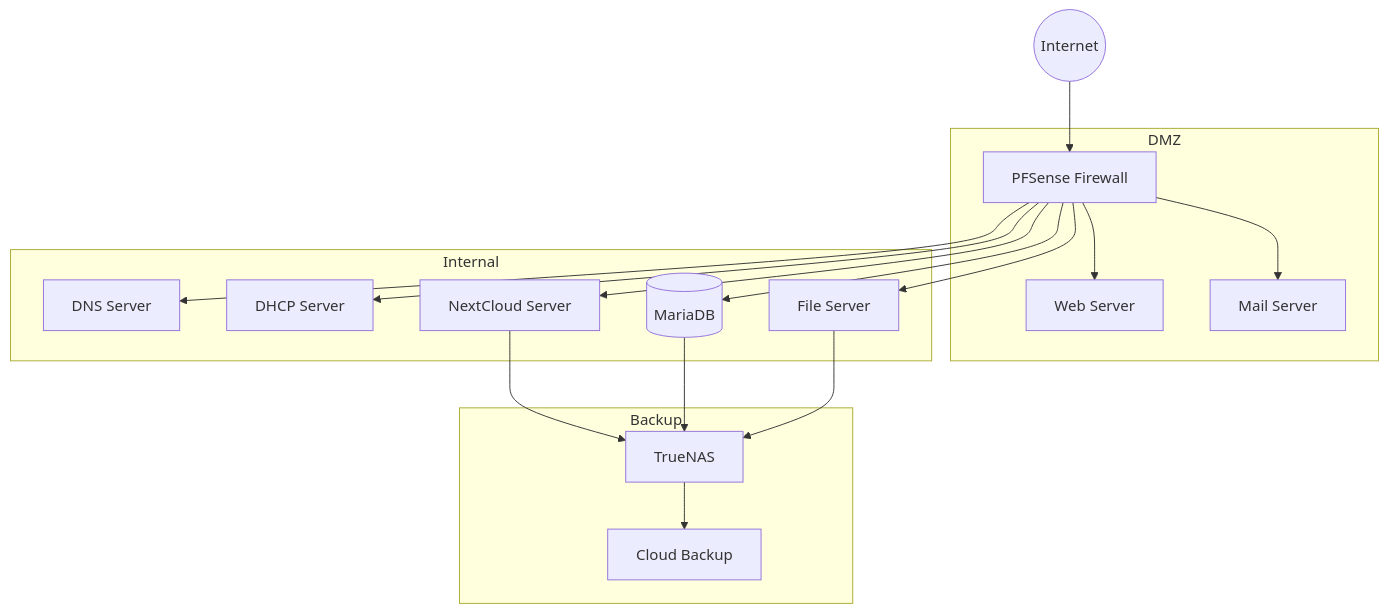
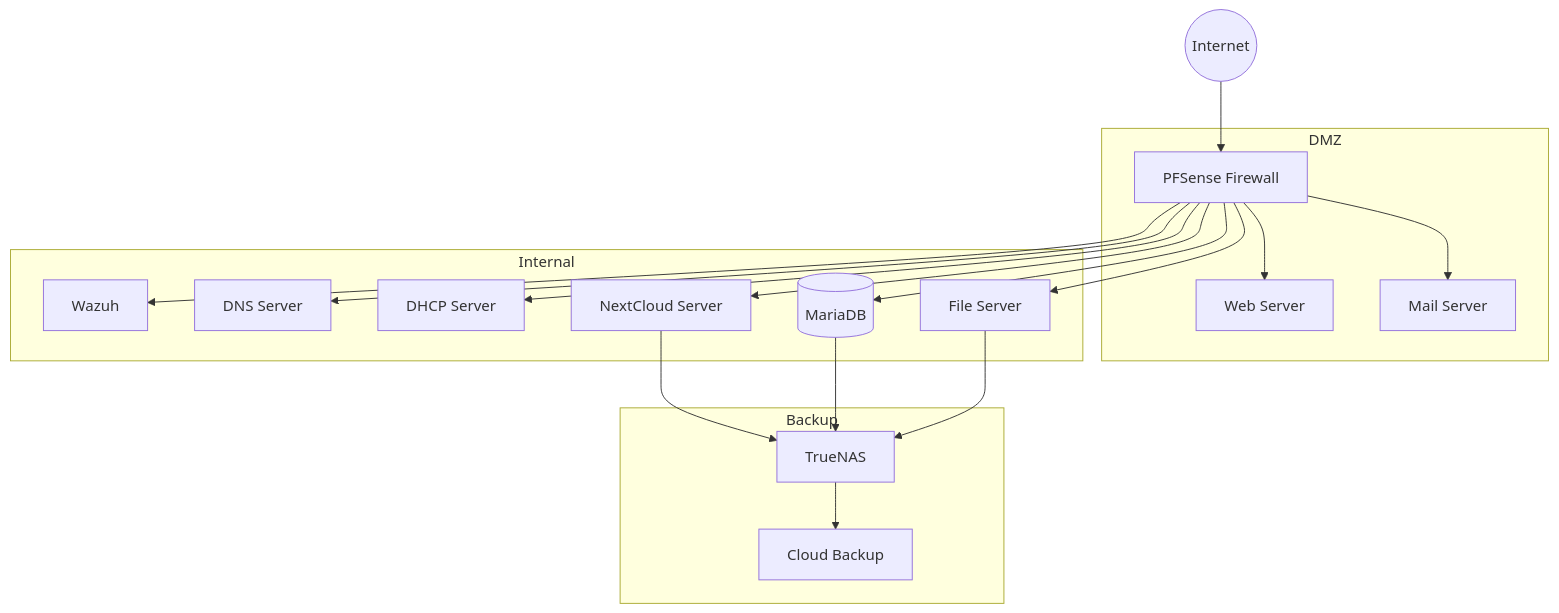
The diagram in kravspecifikation_simpel.md (MadsZBC/HotelZBC), drawn with Mermaid before and after one commit.

````diff
--- a/kravspecifikation_simpel.md
+++ b/kravspecifikation_simpel.md
@@ -12,22 +12,23 @@
 ```mermaid
 flowchart TB
     Internet((Internet)) --> FW[PFSense Firewall]
     
     subgraph DMZ
         FW --> WEB[Web Server]
         FW --> MAIL[Mail Server]
     end
     
     subgraph Internal
+        FW --> Wazuh
         FW --> DNS[DNS Server]
         FW --> DHCP[DHCP Server]
         FW --> NC[NextCloud Server]
         FW --> DB[(MariaDB)]
         FW --> FS[File Server]
     end
     
     subgraph Backup
         NC & DB & FS --> BK[TrueNAS]
         BK --> CLOUD[Cloud Backup]
     end
 ```
````
